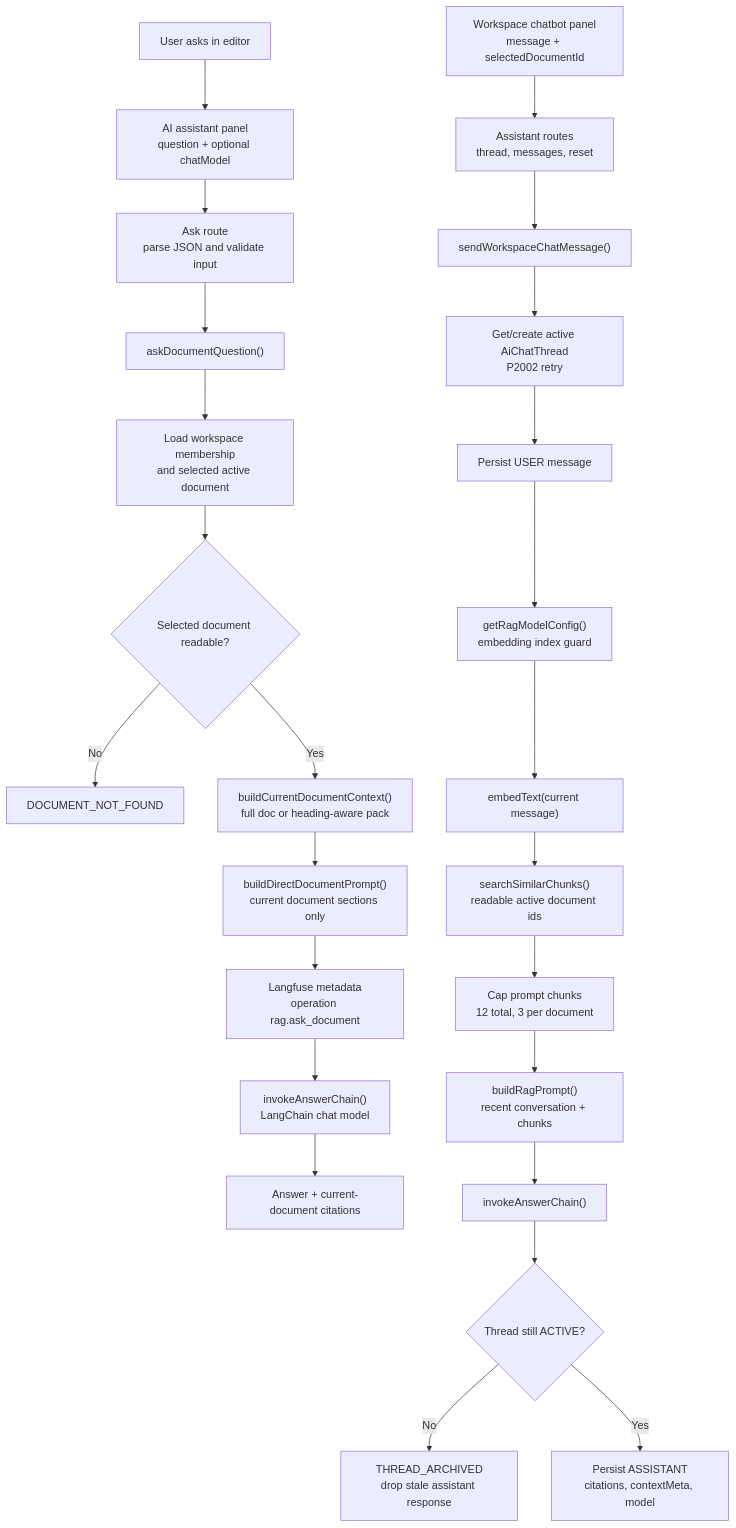
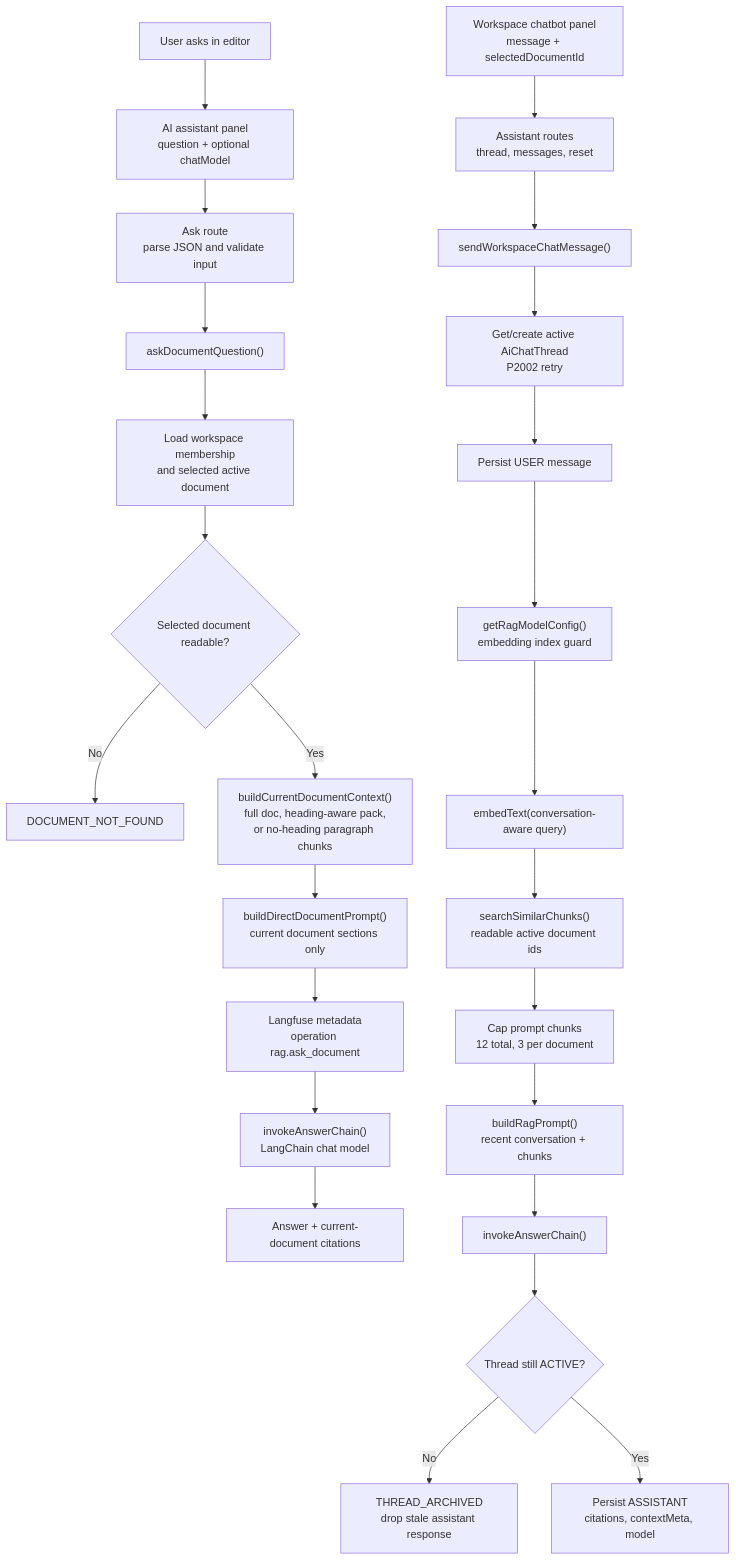
Before and after one commit to dschoi30/munjib: the first of 2 diagrams in wiki/RAG Process Workflow.md, drawn with Mermaid. The commit also changed other lines of this file and 17 other files, not shown here.

````diff
--- a/wiki/RAG Process Workflow.md
+++ b/wiki/RAG Process Workflow.md
@@ -37,28 +37,28 @@
 ```mermaid
 flowchart TD
     User["User asks in editor"] --> Panel["AI assistant panel<br/>question + optional chatModel"]
     Panel --> AskRoute["Ask route<br/>parse JSON and validate input"]
     AskRoute --> AskService["askDocumentQuestion()"]
     AskService --> AskPermission["Load workspace membership<br/>and selected active document"]
     AskPermission --> AskReadable{"Selected document readable?"}
     AskReadable -- "No" --> AskNotFound["DOCUMENT_NOT_FOUND"]
-    AskReadable -- "Yes" --> AskContext["buildCurrentDocumentContext()<br/>full doc or heading-aware pack"]
+    AskReadable -- "Yes" --> AskContext["buildCurrentDocumentContext()<br/>full doc, heading-aware pack,<br/>or no-heading paragraph chunks"]
     AskContext --> AskPrompt["buildDirectDocumentPrompt()<br/>current document sections only"]
     AskPrompt --> AskTrace["Langfuse metadata<br/>operation rag.ask_document"]
     AskTrace --> AskAnswer["invokeAnswerChain()<br/>LangChain chat model"]
     AskAnswer --> AskUI["Answer + current-document citations"]
 
     ChatUser["Workspace chatbot panel<br/>message + selectedDocumentId"] --> ChatRoute["Assistant routes<br/>thread, messages, reset"]
     ChatRoute --> ChatService["sendWorkspaceChatMessage()"]
     ChatService --> Thread["Get/create active AiChatThread<br/>P2002 retry"]
     Thread --> UserMessage["Persist USER message"]
     UserMessage --> ChatConfig["getRagModelConfig()<br/>embedding index guard"]
-    ChatConfig --> ChatEmbed["embedText(current message)"]
+    ChatConfig --> ChatEmbed["embedText(conversation-aware query)"]
     ChatEmbed --> ChatSearch["searchSimilarChunks()<br/>readable active document ids"]
     ChatSearch --> ChatCap["Cap prompt chunks<br/>12 total, 3 per document"]
     ChatCap --> ChatPrompt["buildRagPrompt()<br/>recent conversation + chunks"]
     ChatPrompt --> ChatAnswer["invokeAnswerChain()"]
     ChatAnswer --> ActiveCheck{"Thread still ACTIVE?"}
     ActiveCheck -- "No" --> Stale["THREAD_ARCHIVED<br/>drop stale assistant response"]
     ActiveCheck -- "Yes" --> Persist["Persist ASSISTANT<br/>citations, contextMeta, model"]
 ```
````
